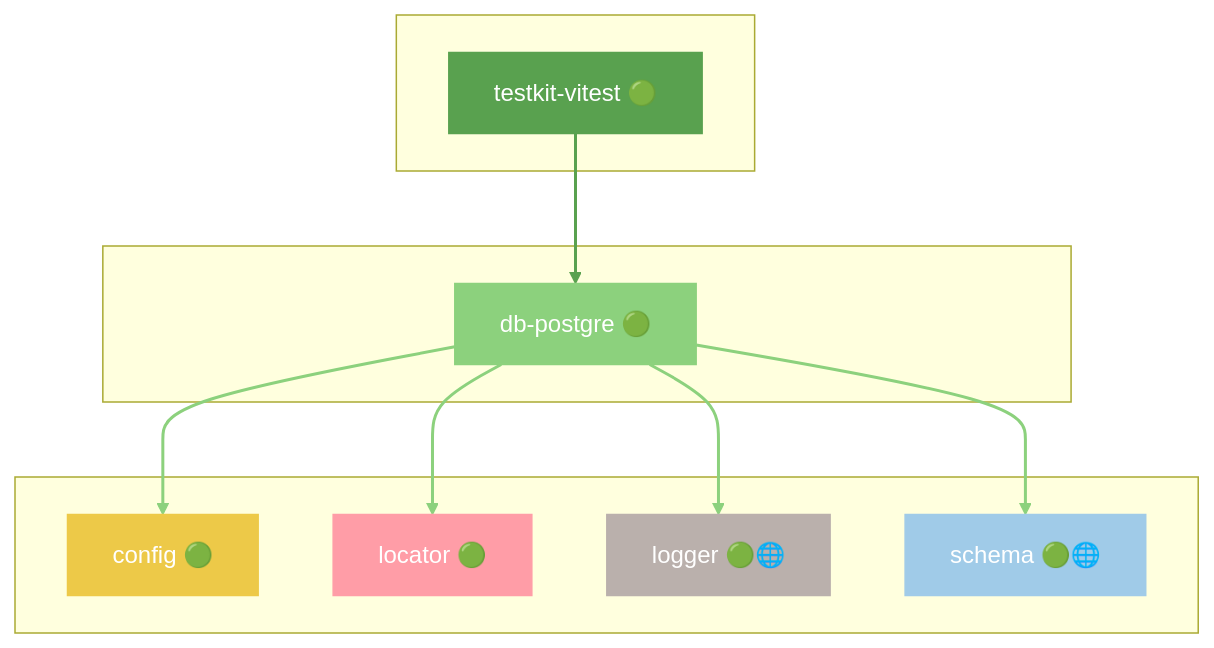
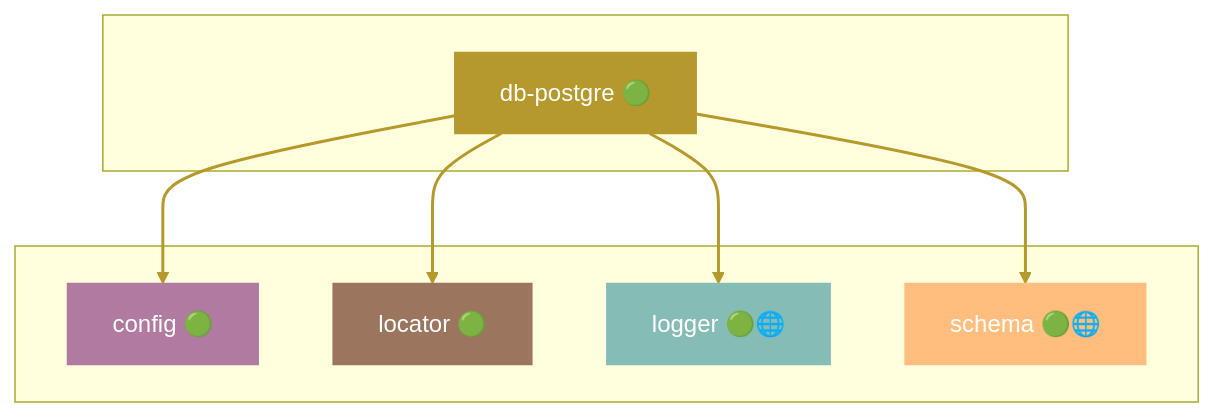
Diagram 14 of 46 in docs/DEPENDENCIES.md (grest-ts/grest-ts), drawn with Mermaid before and after one commit. The commit also changed other lines of this file and 59 other files, not shown here.

````diff
--- a/docs/DEPENDENCIES.md
+++ b/docs/DEPENDENCIES.md
@@ -795,31 +805,25 @@
 ```mermaid
 flowchart TB
-    subgraph Dependents[" "]
-        testkit-vitest["testkit-vitest 🟢"]
-    end
     subgraph Package[" "]
         db-postgre["db-postgre 🟢"]
     end
     subgraph Dependencies[" "]
         config["config 🟢"]
         locator["locator 🟢"]
         logger["logger 🟢🌐"]
         schema["schema 🟢🌐"]
     end
-    testkit-vitest --> db-postgre
     db-postgre --> config
     db-postgre --> locator
     db-postgre --> logger
     db-postgre --> schema
-    style db-postgre fill:#8CD17D,stroke:#8CD17D,color:#fff
-    style testkit-vitest fill:#59A14F,stroke:#59A14F,color:#fff
-    style config fill:#EDC948,stroke:#EDC948,color:#fff
-    style locator fill:#FF9DA7,stroke:#FF9DA7,color:#fff
-    style logger fill:#BAB0AC,stroke:#BAB0AC,color:#fff
-    style schema fill:#A0CBE8,stroke:#A0CBE8,color:#fff
-    linkStyle 0 stroke:#59A14F,stroke-width:2px
-    linkStyle 1 stroke:#8CD17D,stroke-width:2px
-    linkStyle 2 stroke:#8CD17D,stroke-width:2px
-    linkStyle 3 stroke:#8CD17D,stroke-width:2px
-    linkStyle 4 stroke:#8CD17D,stroke-width:2px
+    style db-postgre fill:#B6992D,stroke:#B6992D,color:#fff
+    style config fill:#B07AA1,stroke:#B07AA1,color:#fff
+    style locator fill:#9C755F,stroke:#9C755F,color:#fff
+    style logger fill:#86BCB6,stroke:#86BCB6,color:#fff
+    style schema fill:#FFBE7D,stroke:#FFBE7D,color:#fff
+    linkStyle 0 stroke:#B6992D,stroke-width:2px
+    linkStyle 1 stroke:#B6992D,stroke-width:2px
+    linkStyle 2 stroke:#B6992D,stroke-width:2px
+    linkStyle 3 stroke:#B6992D,stroke-width:2px
 ```
````
